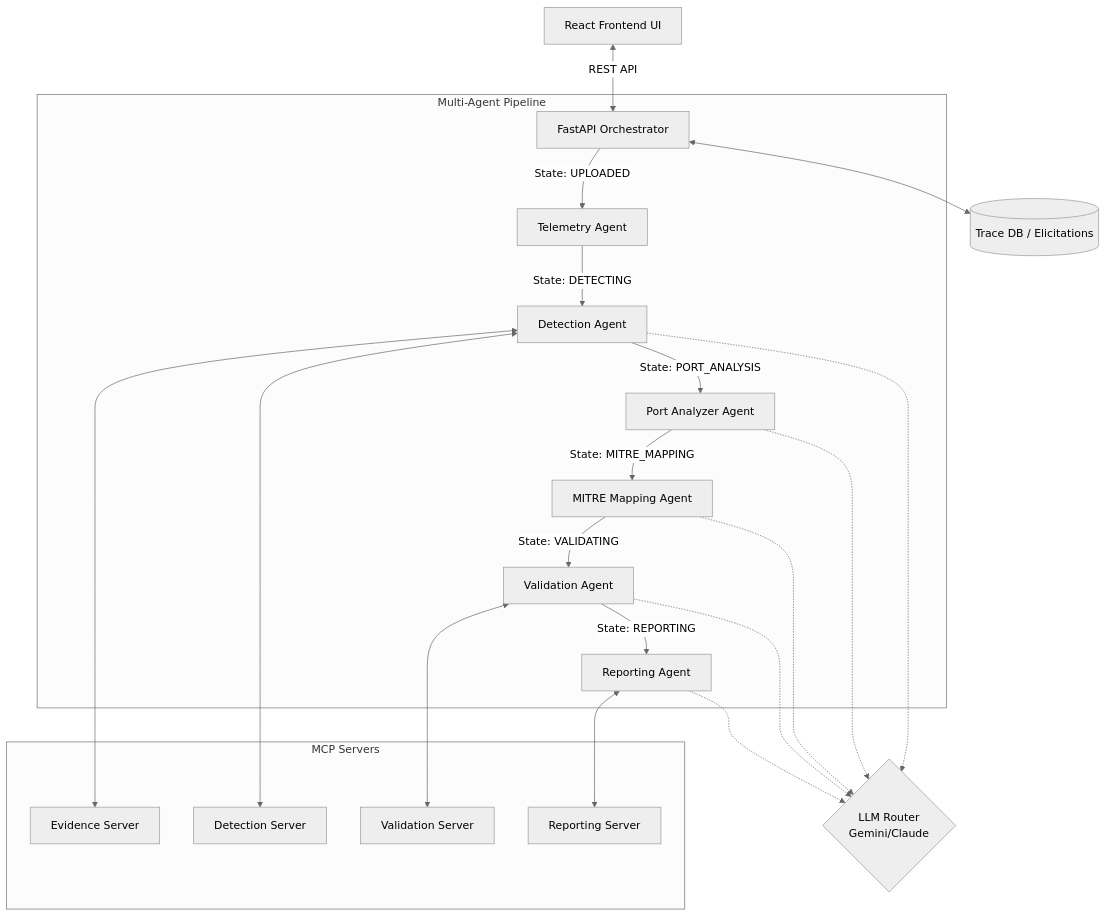
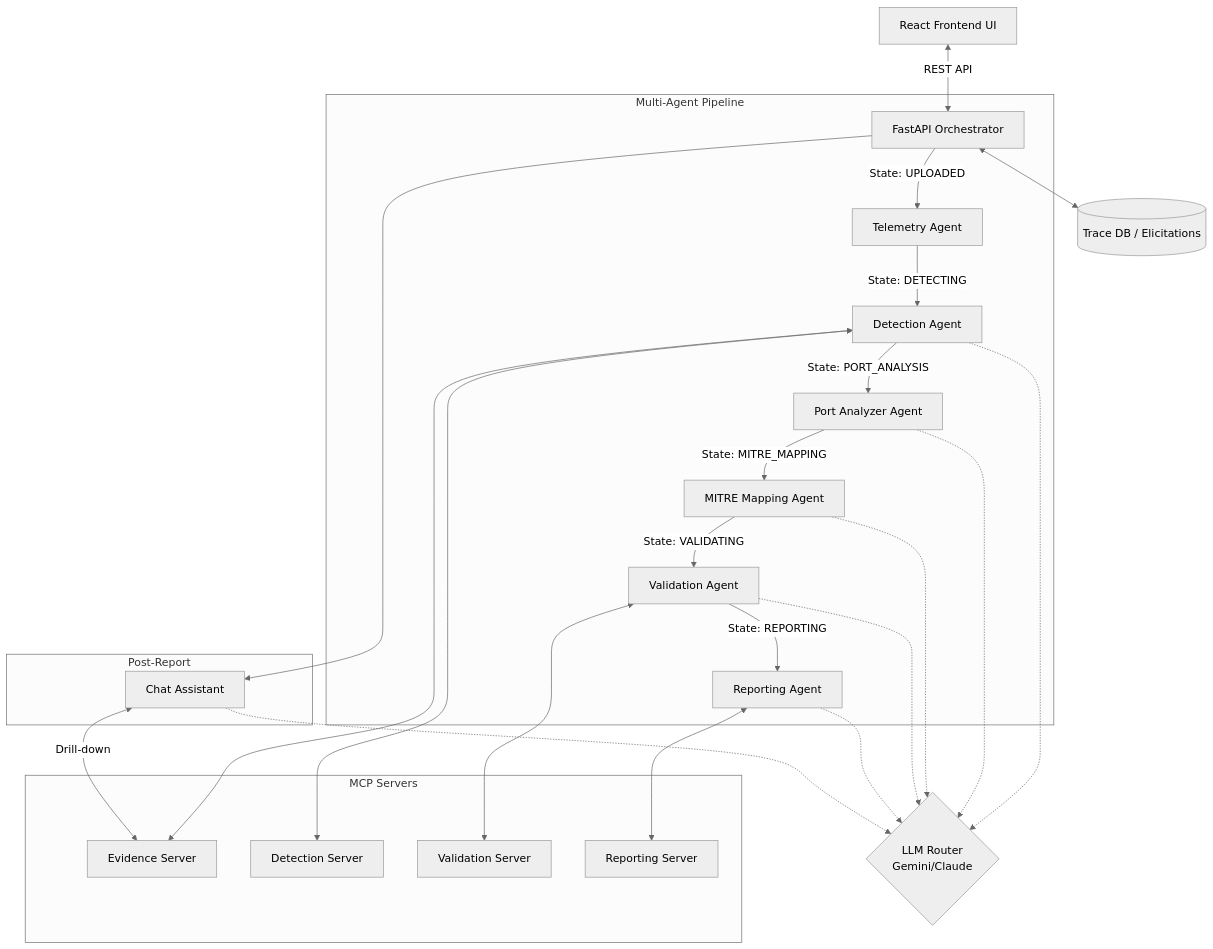
The first of 2 diagrams in README.md (LuisZapata22/MultiAgentSOC), drawn with Mermaid (neutral theme) before and after one commit. The commit also changed other lines of this file and 4 other files, not shown here.

Commit message:
Post report Agent

````diff
--- a/README.md
+++ b/README.md
@@ -14,35 +14,43 @@
 ```mermaid
 graph TD
     UI[React Frontend UI] <-->|REST API| ORCH[FastAPI Orchestrator]
     
     subgraph Multi-Agent Pipeline
         ORCH -->|State: UPLOADED| TA[Telemetry Agent]
         TA -->|State: DETECTING| DA[Detection Agent]
         DA -->|State: PORT_ANALYSIS| PA[Port Analyzer Agent]
         PA -->|State: MITRE_MAPPING| MA[MITRE Mapping Agent]
         MA -->|State: VALIDATING| VA[Validation Agent]
         VA -->|State: REPORTING| RA[Reporting Agent]
     end
     
     subgraph MCP Servers
         EVS[Evidence Server]
         DTS[Detection Server]
         VLS[Validation Server]
         RPS[Reporting Server]
     end
     
     DA <--> EVS
     DA <--> DTS
     VA <--> VLS
     RA <--> RPS
     
+    subgraph Post-Report
+        CHAT[Chat Assistant]
+        CHAT <-->|Drill-down| EVS
+    end
+    
+    ORCH --> CHAT
+    
     LLM{LLM Router\nGemini/Claude}
     DA -.-> LLM
     PA -.-> LLM
     MA -.-> LLM
     VA -.-> LLM
     RA -.-> LLM
+    CHAT -.-> LLM
     
     DB[(Trace DB / Elicitations)]
     ORCH <--> DB
 ```
````
